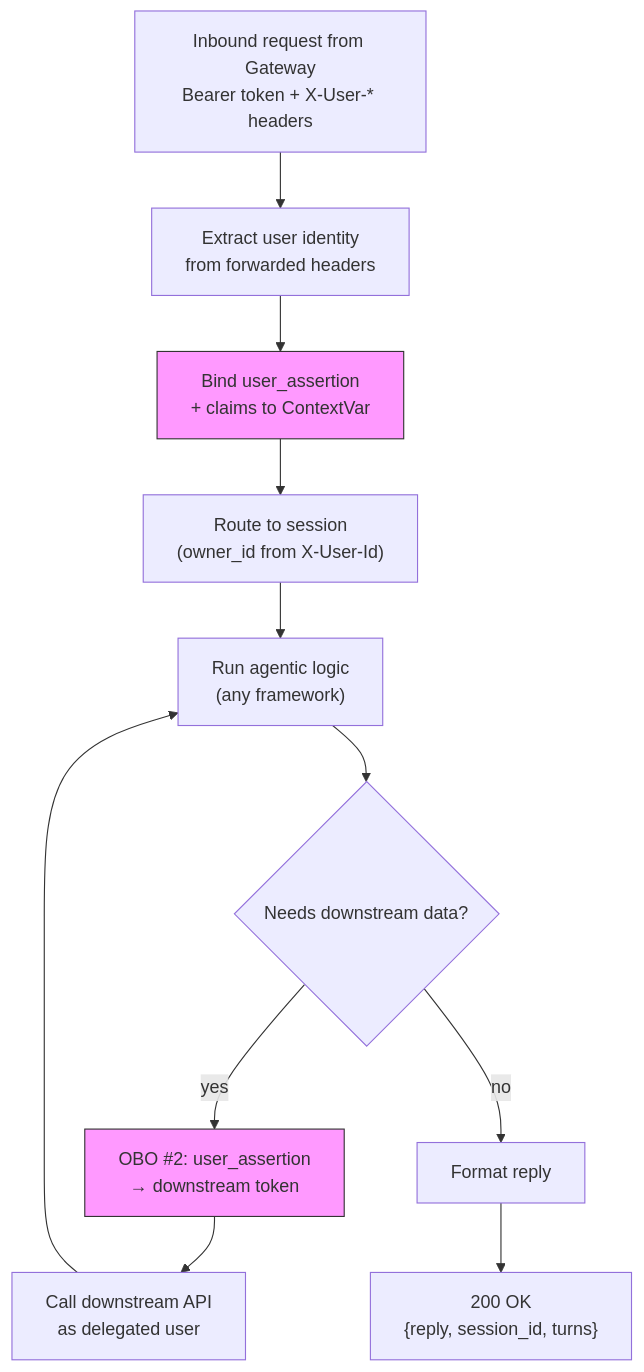
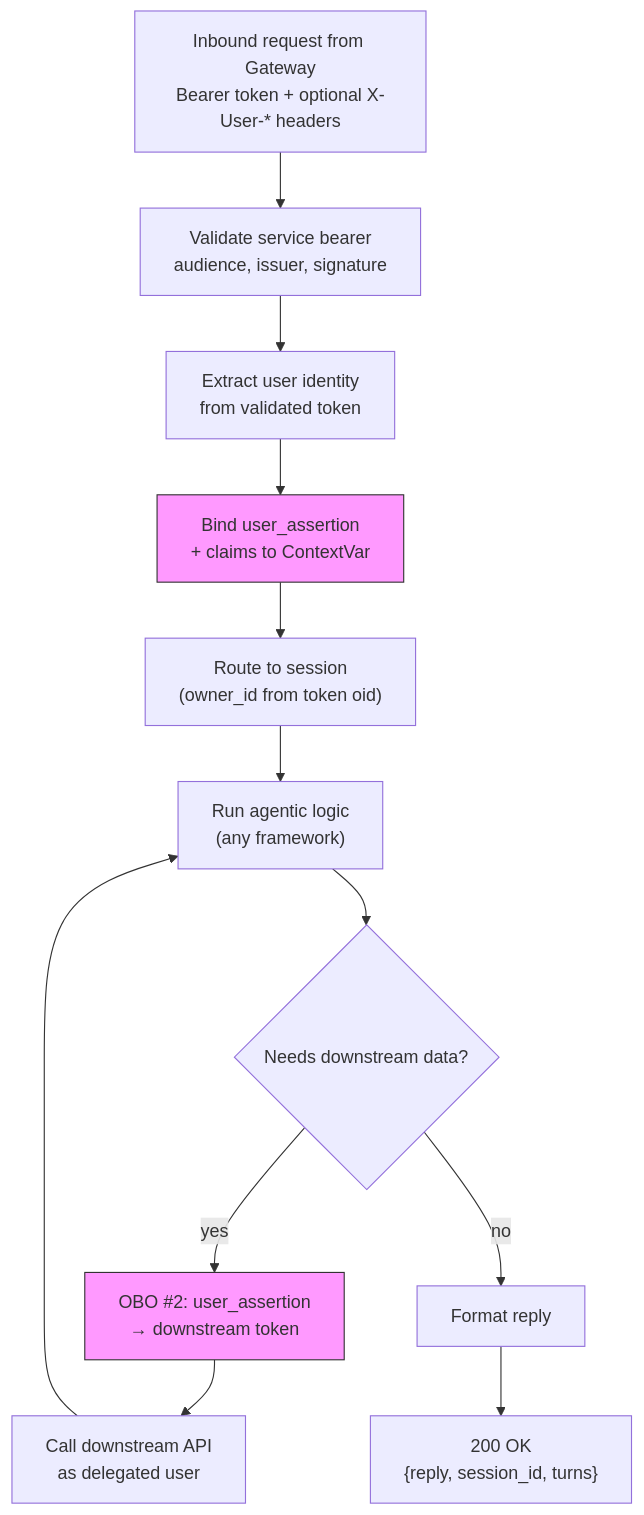
One commit to james-tn/dbx-mcp-copilot changed the fifth of 8 diagrams in docs/m365-agentic-service-developer-guide.md. Above: the diagram before and after it, drawn with Mermaid. The commit also changed other lines of this file and 1 other file, not shown here.

````diff
--- a/docs/m365-agentic-service-developer-guide.md
+++ b/docs/m365-agentic-service-developer-guide.md
@@ -421,16 +420,17 @@
 ```mermaid
 flowchart TD
-    A["Inbound request from Gateway<br/>Bearer token + X-User-* headers"] --> B["Extract user identity<br/>from forwarded headers"]
-    B --> C["Bind user_assertion<br/>+ claims to ContextVar"]
-    C --> D["Route to session<br/>(owner_id from X-User-Id)"]
-    D --> E["Run agentic logic<br/>(any framework)"]
-    E --> F{Needs downstream data?}
-    F -->|yes| G["OBO #2: user_assertion<br/>→ downstream token"]
-    G --> H["Call downstream API<br/>as delegated user"]
-    H --> E
-    F -->|no| I["Format reply"]
-    I --> J["200 OK<br/>{reply, session_id, turns}"]
+    A["Inbound request from Gateway<br/>Bearer token + optional X-User-* headers"] --> B["Validate service bearer<br/>audience, issuer, signature"]
+    B --> C["Extract user identity<br/>from validated token"]
+    C --> D["Bind user_assertion<br/>+ claims to ContextVar"]
+    D --> E["Route to session<br/>(owner_id from token oid)"]
+    E --> F["Run agentic logic<br/>(any framework)"]
+    F --> G{Needs downstream data?}
+    G -->|yes| H["OBO #2: user_assertion<br/>→ downstream token"]
+    H --> I["Call downstream API<br/>as delegated user"]
+    I --> F
+    G -->|no| J["Format reply"]
+    J --> K["200 OK<br/>{reply, session_id, turns}"]
 
-    style C fill:#f9f,stroke:#333
-    style G fill:#f9f,stroke:#333
+    style D fill:#f9f,stroke:#333
+    style H fill:#f9f,stroke:#333
 ```
````
